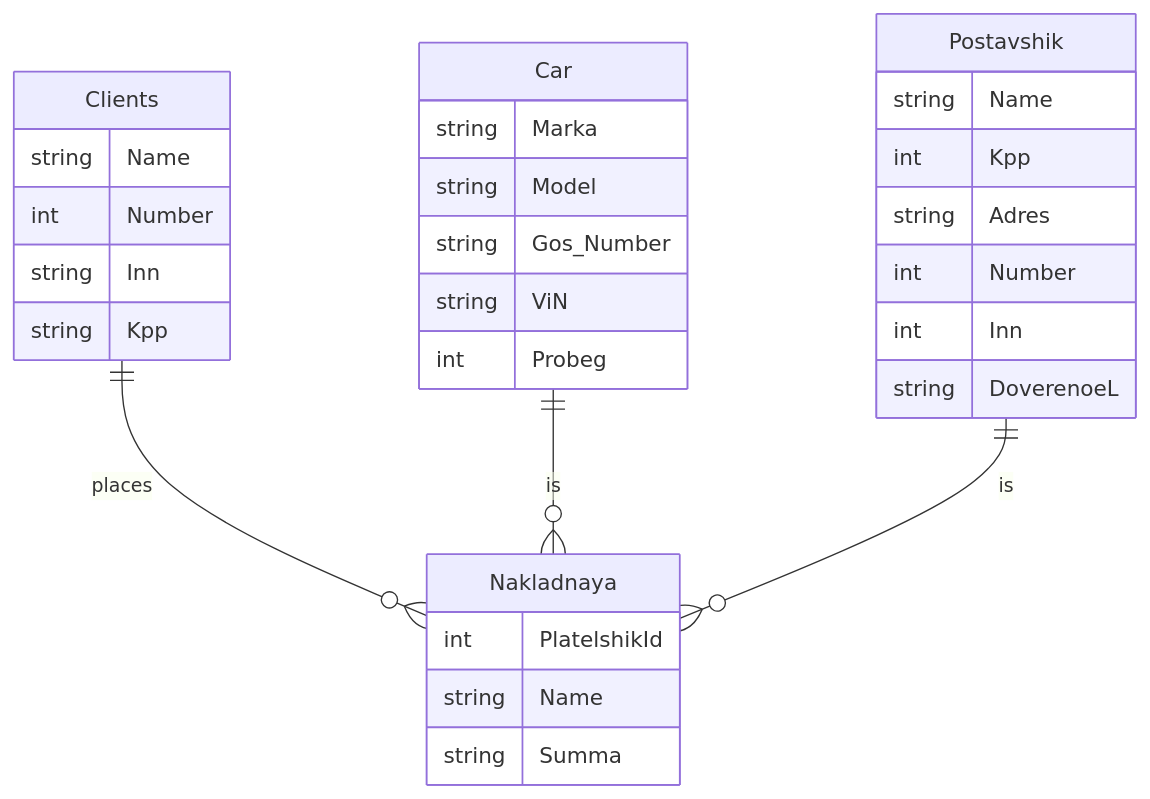
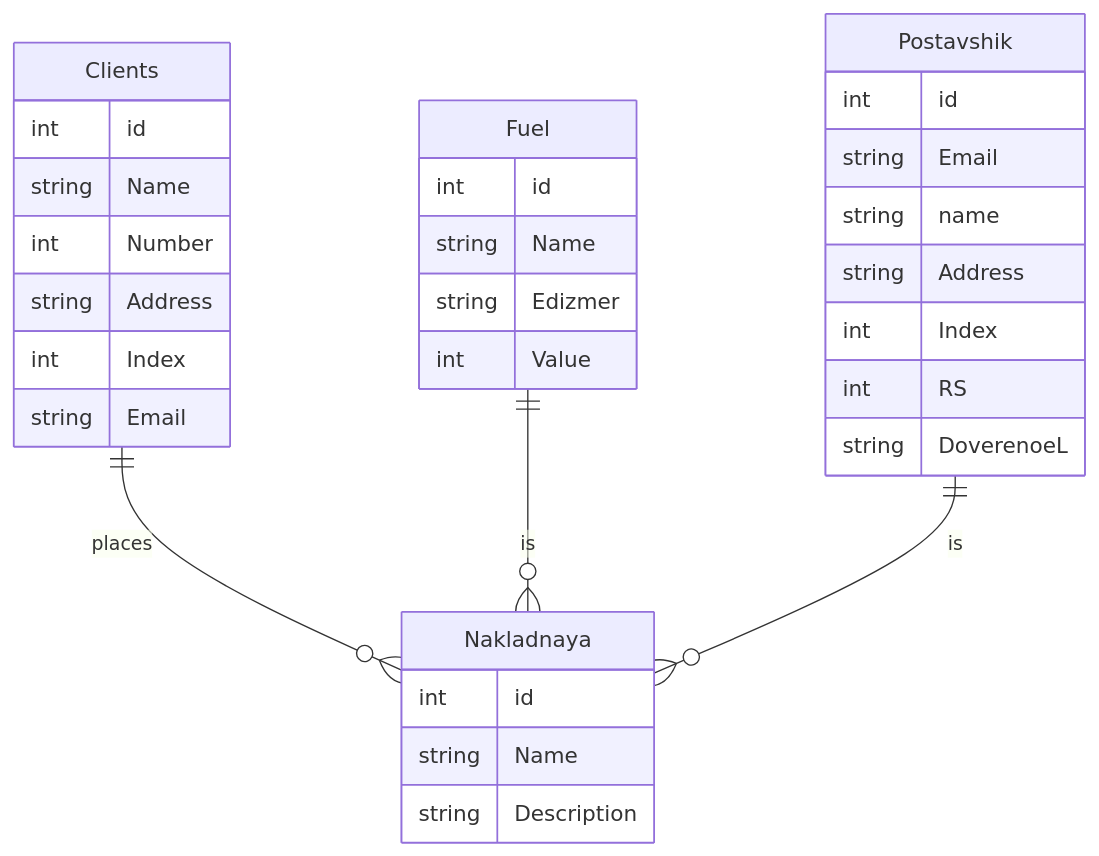
The diagram in README.md (darkchaine/AZS), drawn with Mermaid before and after one commit.

Commit message:
README.md

````diff
--- a/README.md
+++ b/README.md
@@ -9,33 +9,35 @@
 ```mermaid
 erDiagram
     Clients ||--o{ Nakladnaya : places
     Clients {
+        int id
         string Name
         int Number
-        string Inn
-        string Kpp
+        string Address
+        int Index
+        string Email
     }
   
     Nakladnaya {
-        int PlatelshikId
+        int id
         string Name
-        string Summa
+        string Description
     }
-  Car ||--o{ Nakladnaya: is
-    Car {
-        string Marka
-        string Model
-        string Gos_Number
-        string ViN
-        int Probeg
+  Fuel ||--o{ Nakladnaya: is
+    Fuel {
+        int id
+        string Name
+        string Edizmer
+        int Value
     }
  Postavshik ||--o{ Nakladnaya: is
   Postavshik {
-    string Name
-    int Kpp
-    string Adres
-    int Number
-    int Inn   
+    int id
+    string Email
+    string name
+    string Address
+    int Index
+    int RS   
     string DoverenoeL
    }
 ```
````
